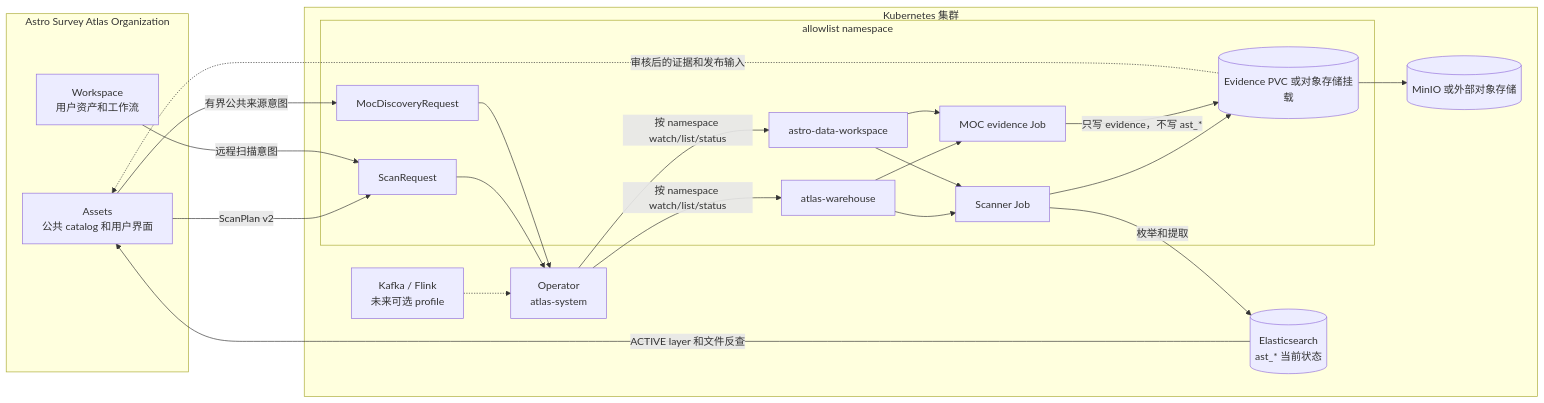
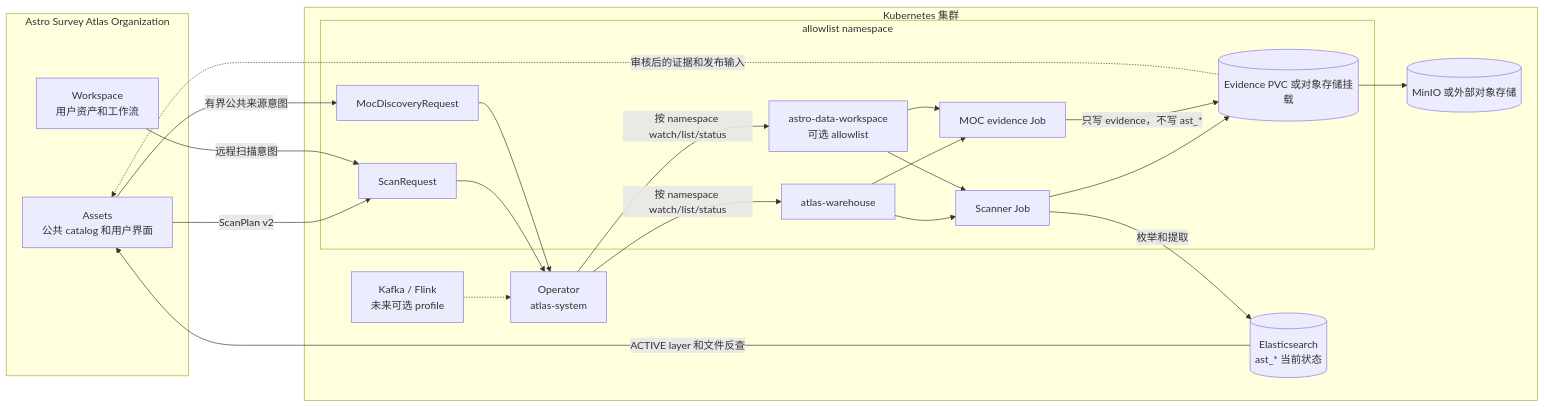
The diagram in README.cn.md (Astro-Survey-Atlas/Warehouse), drawn with Mermaid before and after one commit. The commit also changed other lines of this file and 77 other files, not shown here.

````diff
--- a/README.cn.md
+++ b/README.cn.md
@@ -50,42 +51,42 @@
 ```mermaid
 flowchart LR
   subgraph org[Astro Survey Atlas Organization]
     assets[Assets<br/>公共 catalog 和用户界面]
     workspace[Workspace<br/>用户资产和工作流]
   end
 
   subgraph cluster[Kubernetes 集群]
     operator[Operator<br/>atlas-system]
     subgraph callers[allowlist namespace]
       warehouseNS[atlas-warehouse]
-      workspaceNS[astro-data-workspace]
+      workspaceNS[astro-data-workspace<br/>可选 allowlist]
       scan[ScanRequest]
       moc[MocDiscoveryRequest]
       scanjob[Scanner Job]
       mocjob[MOC evidence Job]
       evidence[(Evidence PVC 或对象存储挂载)]
     end
     es[(Elasticsearch<br/>ast_* 当前状态)]
     minio[(MinIO 或外部对象存储)]
     optional[Kafka / Flink<br/>未来可选 profile]
   end
 
   assets -->|ScanPlan v2| scan
   workspace -->|远程扫描意图| scan
   assets -->|有界公共来源意图| moc
   scan --> operator
   moc --> operator
   operator -->|按 namespace watch/list/status| warehouseNS
   operator -->|按 namespace watch/list/status| workspaceNS
   warehouseNS --> scanjob
   workspaceNS --> scanjob
   warehouseNS --> mocjob
   workspaceNS --> mocjob
   scanjob -->|枚举和提取| es
   scanjob --> evidence
   mocjob -->|只写 evidence，不写 ast_*| evidence
   evidence --> minio
   es -->|ACTIVE layer 和文件反查| assets
   evidence -.->|审核后的证据和发布输入| assets
   optional -.-> operator
 ```
````
